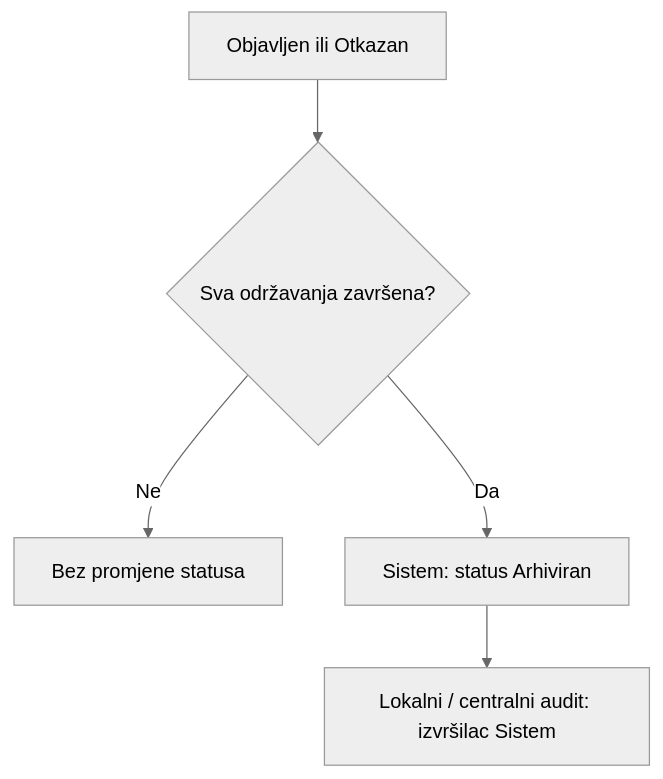
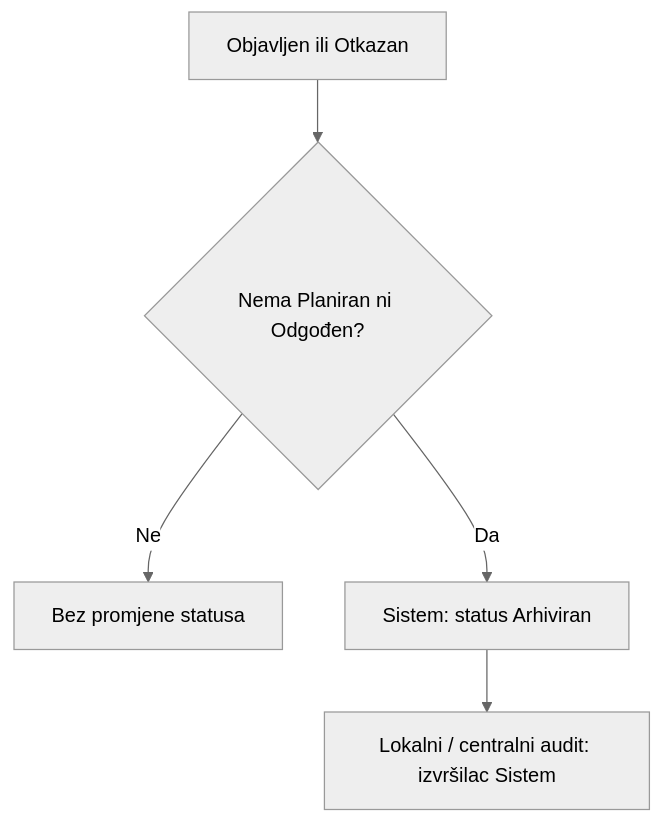
The fourth of 5 diagrams in docs/technical-specifications/Technical-Specification_Dogadjaj.md (GoranOpK/digital.kotor.me), drawn with Mermaid (neutral theme) before and after one commit. The commit also changed other lines of this file and 6 other files, not shown here.

````diff
--- a/docs/technical-specifications/Technical-Specification_Dogadjaj.md
+++ b/docs/technical-specifications/Technical-Specification_Dogadjaj.md
@@ -512,7 +514,7 @@
 ```mermaid
 flowchart TD
-  A[Objavljen ili Otkazan] --> B{Sva održavanja završena?}
+  A[Objavljen ili Otkazan] --> B{Nema Planiran ni Odgođen?}
   B -->|Ne| C[Bez promjene statusa]
   B -->|Da| D[Sistem: status Arhiviran]
   D --> E[Lokalni / centralni audit: izvršilac Sistem]
 ```
````
